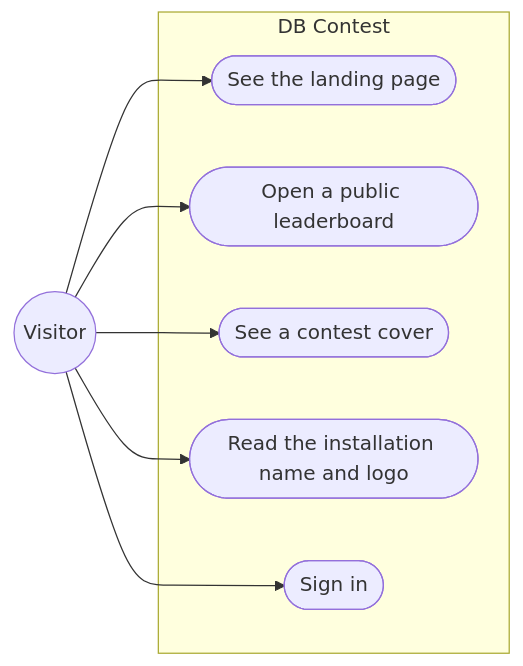
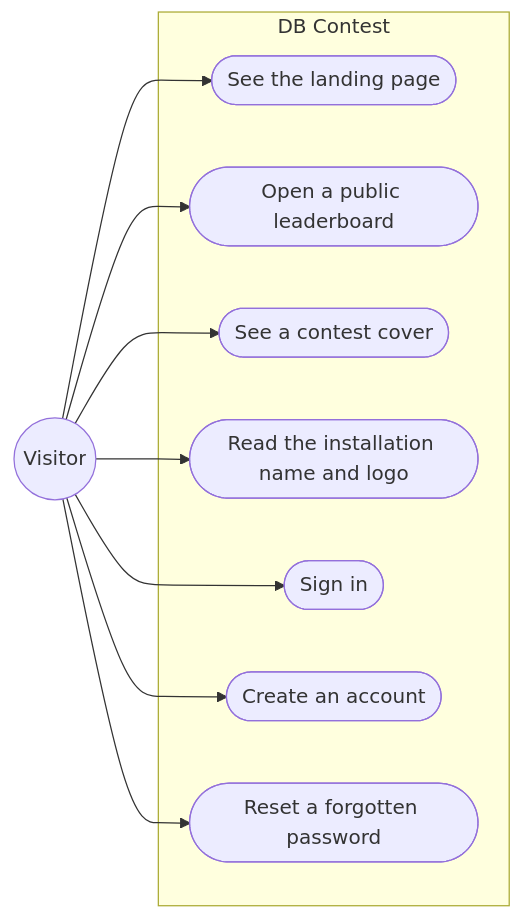
The first of 7 diagrams in docs/guide/02-use-cases.md (devrdn/olymp-db-platform), drawn with Mermaid before and after one commit. The commit also changed other lines of this file and 6 other files, not shown here.

````diff
--- a/docs/guide/02-use-cases.md
+++ b/docs/guide/02-use-cases.md
@@ -73,16 +73,20 @@
 ```mermaid
 flowchart LR
     visitor(("Visitor"))
     subgraph system["DB Contest"]
         uc1(["See the landing page"])
         uc2(["Open a public leaderboard"])
         uc3(["See a contest cover"])
         uc4(["Read the installation name and logo"])
         uc5(["Sign in"])
+        uc6(["Create an account"])
+        uc7(["Reset a forgotten password"])
     end
     visitor --> uc1
     visitor --> uc2
     visitor --> uc3
     visitor --> uc4
     visitor --> uc5
+    visitor --> uc6
+    visitor --> uc7
 ```
````
